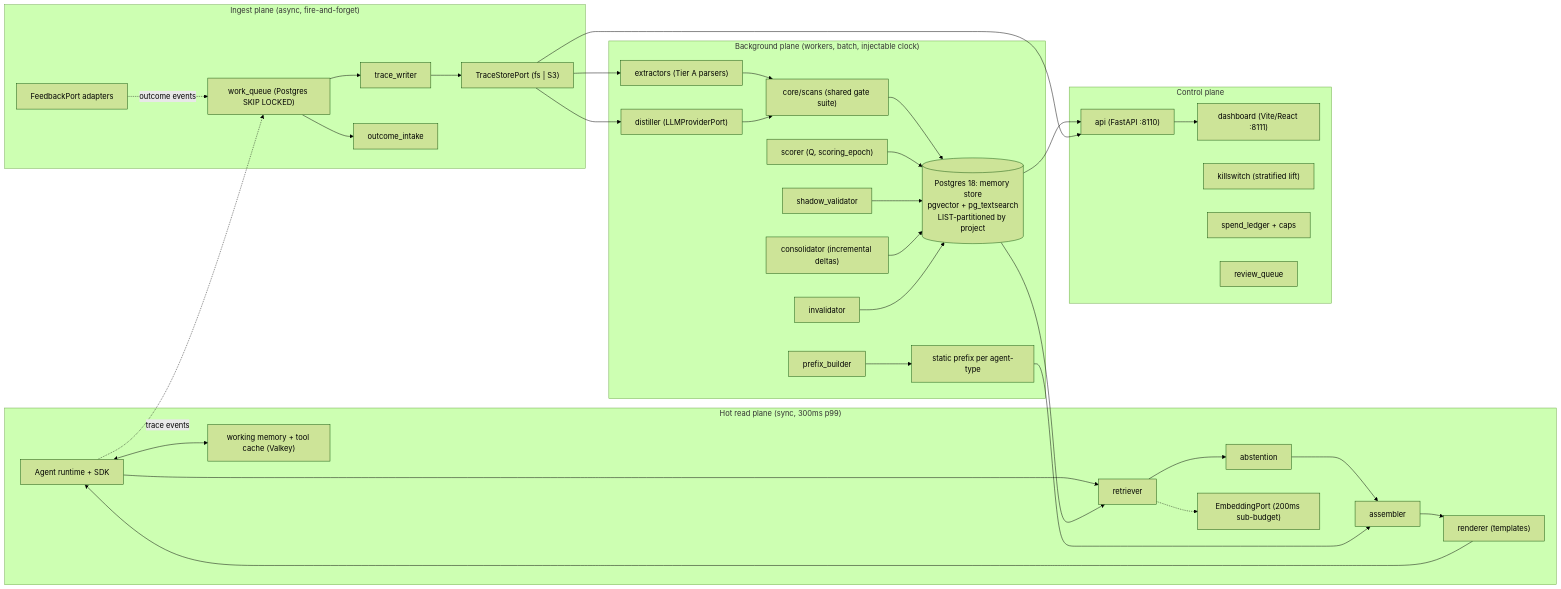
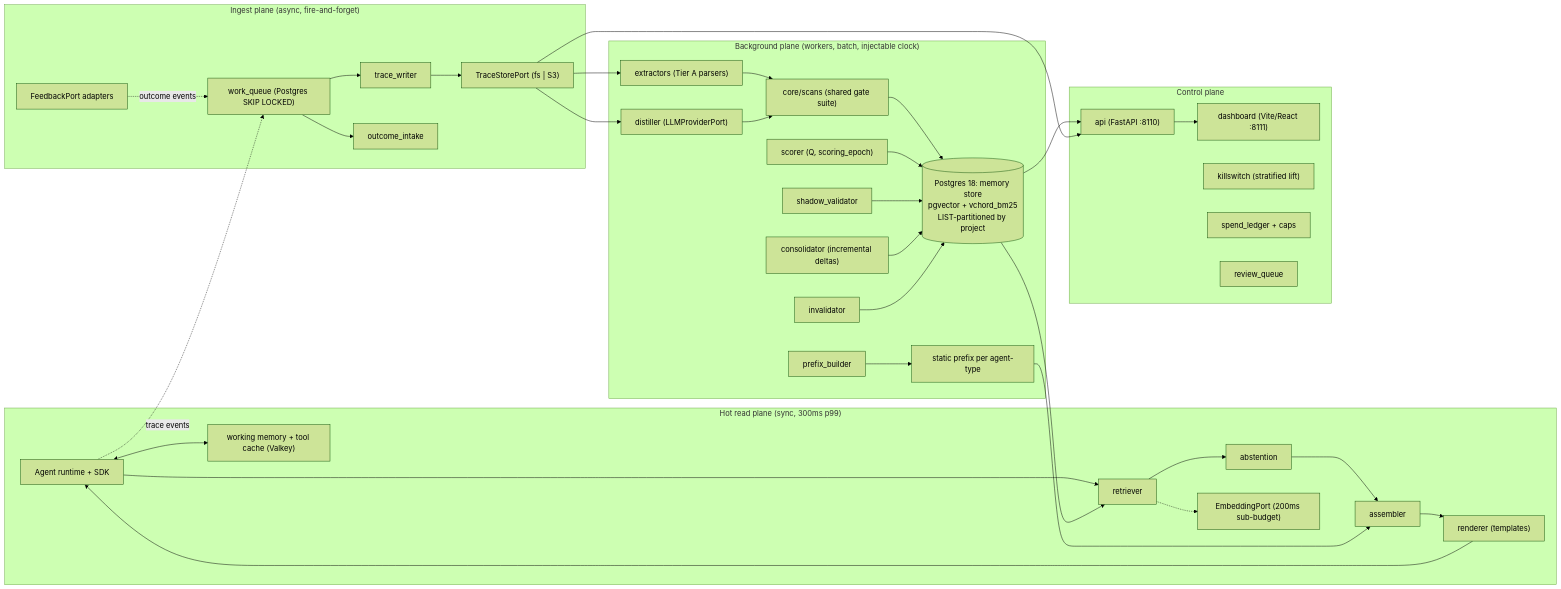
One commit to kirti34n/Trace-bed changed the diagram in PLAN.md. Above: the diagram before and after it, drawn with Mermaid (forest theme). The commit also changed other lines of this file and 8 other files, not shown here.

````diff
--- a/PLAN.md
+++ b/PLAN.md
@@ -36,41 +36,41 @@
 ```mermaid
 flowchart LR
     subgraph HOT["Hot read plane (sync, 300ms p99)"]
         AG["Agent runtime + SDK"] --> RET["retriever"]
         RET --> ABS["abstention"]
         ABS --> ASM["assembler"]
         ASM --> RND["renderer (templates)"]
         RND --> AG
         AG <--> WM["working memory + tool cache (Valkey)"]
         RET -.-> EMB["EmbeddingPort (200ms sub-budget)"]
     end
     subgraph ING["Ingest plane (async, fire-and-forget)"]
         AG -. trace events .-> Q["work_queue (Postgres SKIP LOCKED)"]
         FBA["FeedbackPort adapters"] -. outcome events .-> Q
         Q --> TW["trace_writer"] --> TS["TraceStorePort (fs | S3)"]
         Q --> OI["outcome_intake"]
     end
     subgraph BG["Background plane (workers, batch, injectable clock)"]
         TS --> EX["extractors (Tier A parsers)"]
         TS --> DI["distiller (LLMProviderPort)"]
         SCN["core/scans (shared gate suite)"]
-        EX --> SCN --> ST[("Postgres 18: memory store\npgvector + pg_textsearch\nLIST-partitioned by project")]
+        EX --> SCN --> ST[("Postgres 18: memory store\npgvector + vchord_bm25\nLIST-partitioned by project")]
         DI --> SCN
         SC["scorer (Q, scoring_epoch)"] --> ST
         SV["shadow_validator"] --> ST
         CO["consolidator (incremental deltas)"] --> ST
         IV["invalidator"] --> ST
         PB["prefix_builder"] --> PC["static prefix per agent-type"]
         ST --> RET
         PC --> ASM
     end
     subgraph CTL["Control plane"]
         API["api (FastAPI :8110)"]
         DB2["dashboard (Vite/React :8111)"]
         KS["killswitch (stratified lift)"]
         LG["spend_ledger + caps"]
         RQ["review_queue"]
     end
     ST --> API --> DB2
     TS --> API
 ```
````
